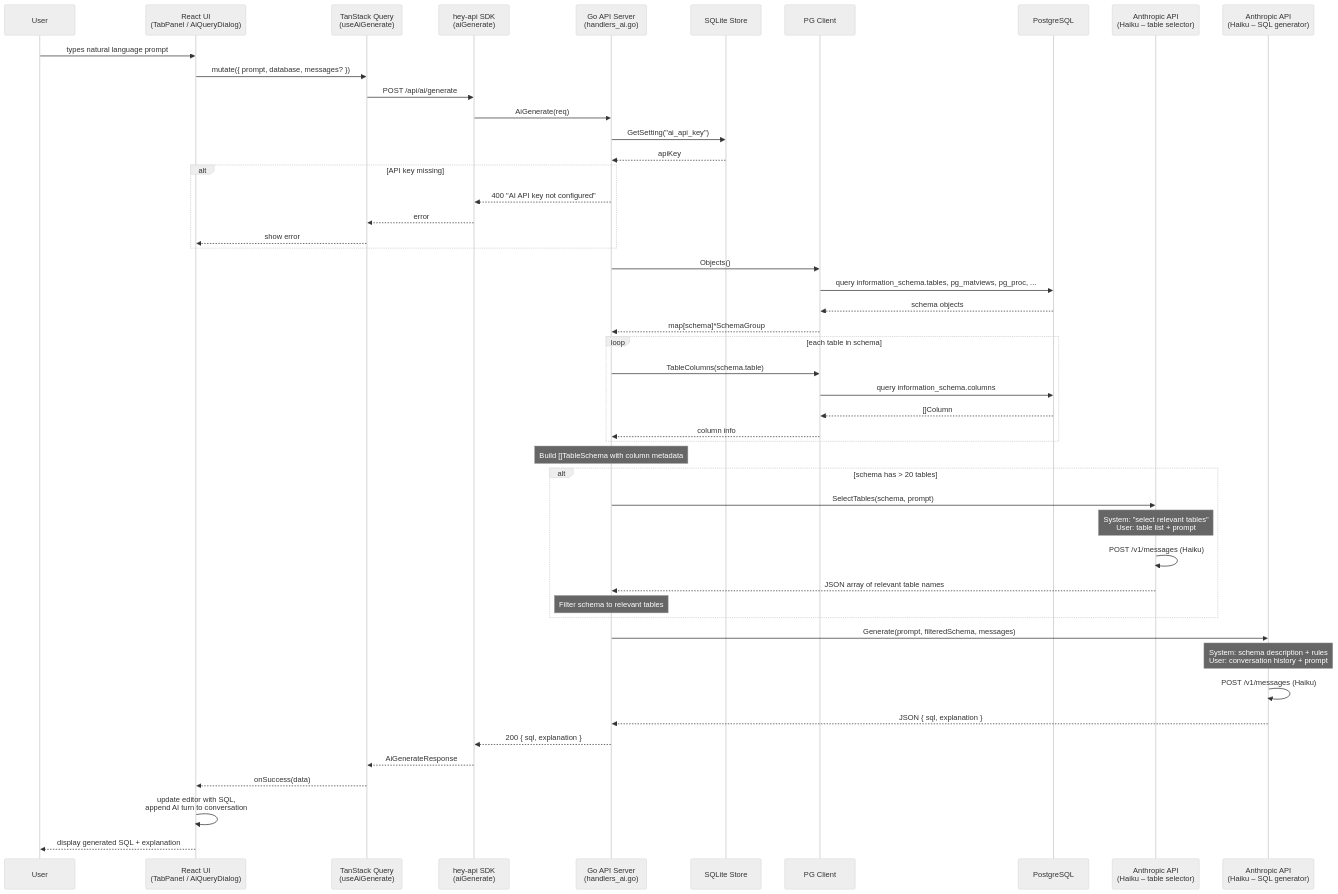
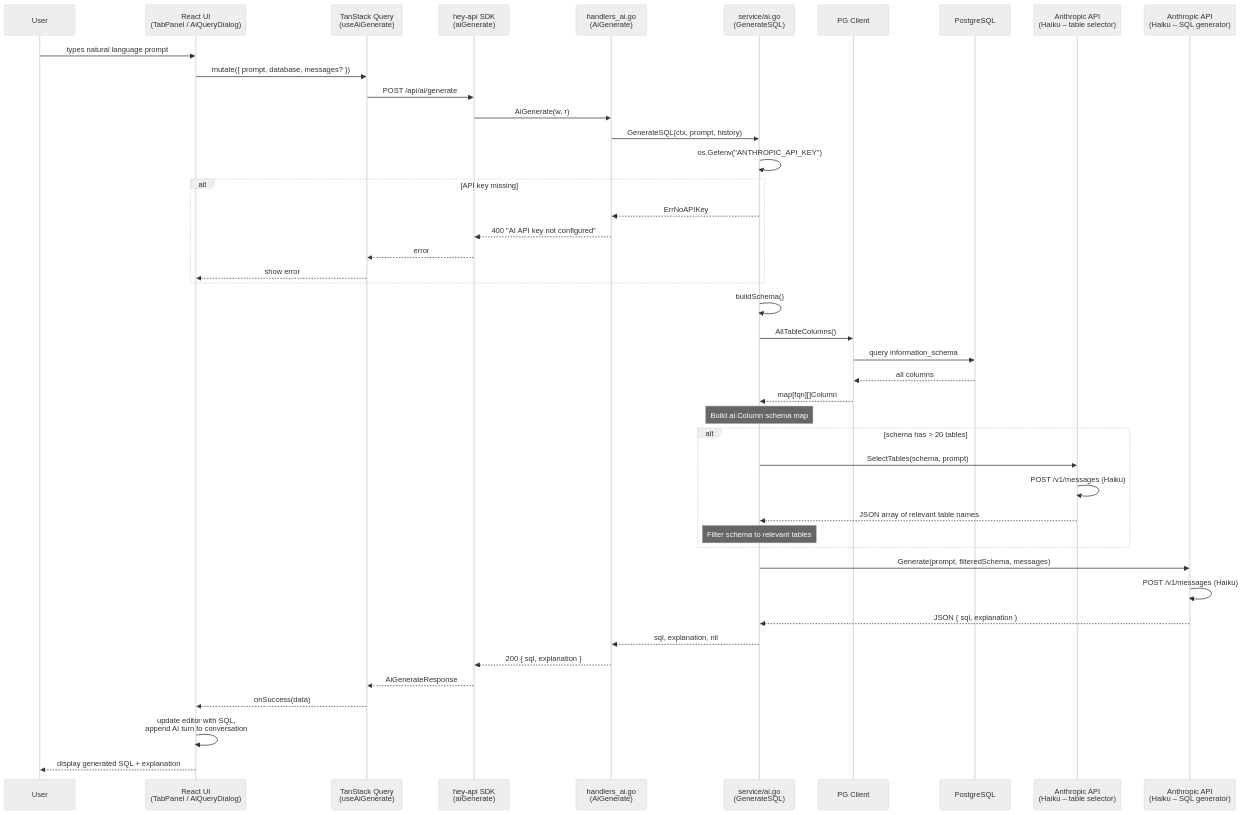
One commit to macleodmac/pglet changed the diagram in .claude/skills/ai-generation.md. Above: the diagram before and after it, drawn with Mermaid (neutral theme). The commit also changed other lines of this file and 34 other files, not shown here.

````diff
--- a/.claude/skills/ai-generation.md
+++ b/.claude/skills/ai-generation.md
@@ -17,60 +18,54 @@
 ```mermaid
 sequenceDiagram
     participant User
     participant UI as React UI<br/>(TabPanel / AiQueryDialog)
     participant TQ as TanStack Query<br/>(useAiGenerate)
     participant SDK as hey-api SDK<br/>(aiGenerate)
-    participant API as Go API Server<br/>(handlers_ai.go)
-    participant Store as SQLite Store
+    participant Handler as handlers_ai.go<br/>(AiGenerate)
+    participant Svc as service/ai.go<br/>(GenerateSQL)
     participant Client as PG Client
     participant PG as PostgreSQL
     participant Select as Anthropic API<br/>(Haiku – table selector)
     participant Gen as Anthropic API<br/>(Haiku – SQL generator)
 
     User->>UI: types natural language prompt
     UI->>TQ: mutate({ prompt, database, messages? })
     TQ->>SDK: POST /api/ai/generate
-    SDK->>API: AiGenerate(req)
+    SDK->>Handler: AiGenerate(w, r)
+    Handler->>Svc: GenerateSQL(ctx, prompt, history)
 
-    API->>Store: GetSetting("ai_api_key")
-    Store-->>API: apiKey
+    Svc->>Svc: os.Getenv("ANTHROPIC_API_KEY")
 
     alt API key missing
-        API-->>SDK: 400 "AI API key not configured"
+        Svc-->>Handler: ErrNoAPIKey
+        Handler-->>SDK: 400 "AI API key not configured"
         SDK-->>TQ: error
         TQ-->>UI: show error
     end
 
-    API->>Client: Objects()
-    Client->>PG: query information_schema.tables, pg_matviews, pg_proc, ...
-    PG-->>Client: schema objects
-    Client-->>API: map[schema]*SchemaGroup
+    Svc->>Svc: buildSchema()
+    Svc->>Client: AllTableColumns()
+    Client->>PG: query information_schema
+    PG-->>Client: all columns
+    Client-->>Svc: map[fqn][]Column
 
-    loop each table in schema
-        API->>Client: TableColumns(schema.table)
-        Client->>PG: query information_schema.columns
-        PG-->>Client: []Column
-        Client-->>API: column info
+    Note over Svc: Build ai.Column schema map
+
+    alt schema has > 20 tables
+        Svc->>Select: SelectTables(schema, prompt)
+        Select->>Select: POST /v1/messages (Haiku)
+        Select-->>Svc: JSON array of relevant table names
+        Note over Svc: Filter schema to relevant tables
     end
 
-    Note over API: Build []TableSchema with column metadata
+    Svc->>Gen: Generate(prompt, filteredSchema, messages)
+    Gen->>Gen: POST /v1/messages (Haiku)
+    Gen-->>Svc: JSON { sql, explanation }
 
-    alt schema has > 20 tables
-        API->>Select: SelectTables(schema, prompt)
-        Note over Select: System: "select relevant tables"<br/>User: table list + prompt
-        Select->>Select: POST /v1/messages (Haiku)
-        Select-->>API: JSON array of relevant table names
-        Note over API: Filter schema to relevant tables
-    end
-
-    API->>Gen: Generate(prompt, filteredSchema, messages)
-    Note over Gen: System: schema description + rules<br/>User: conversation history + prompt
-    Gen->>Gen: POST /v1/messages (Haiku)
-    Gen-->>API: JSON { sql, explanation }
-
-    API-->>SDK: 200 { sql, explanation }
+    Svc-->>Handler: sql, explanation, nil
+    Handler-->>SDK: 200 { sql, explanation }
     SDK-->>TQ: AiGenerateResponse
     TQ-->>UI: onSuccess(data)
     UI->>UI: update editor with SQL,<br/>append AI turn to conversation
     UI-->>User: display generated SQL + explanation
 ```
````
